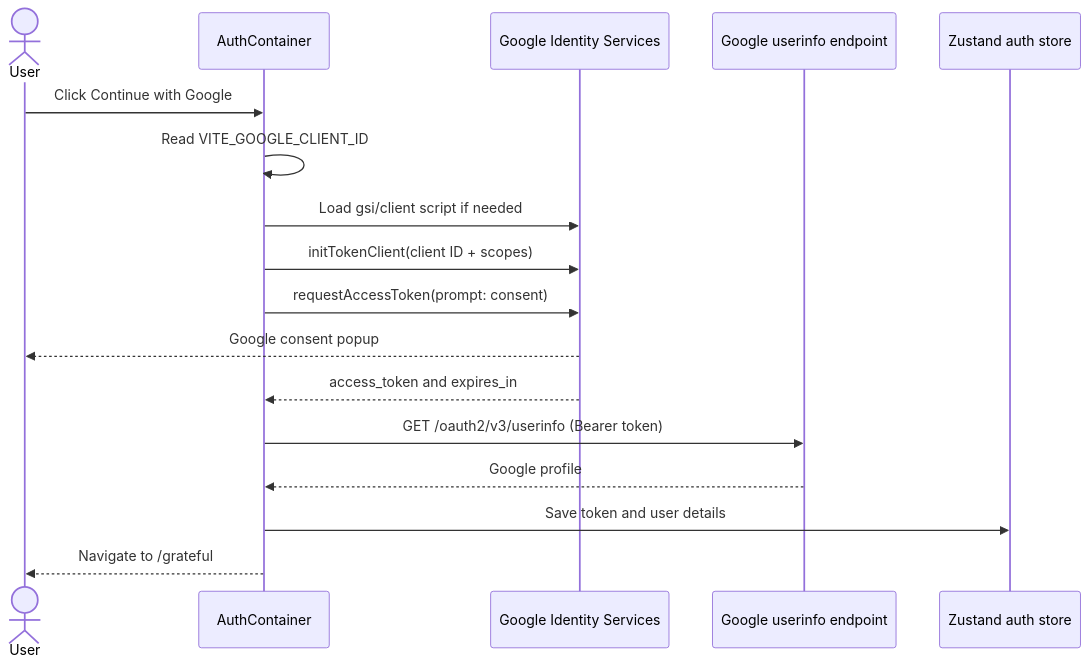
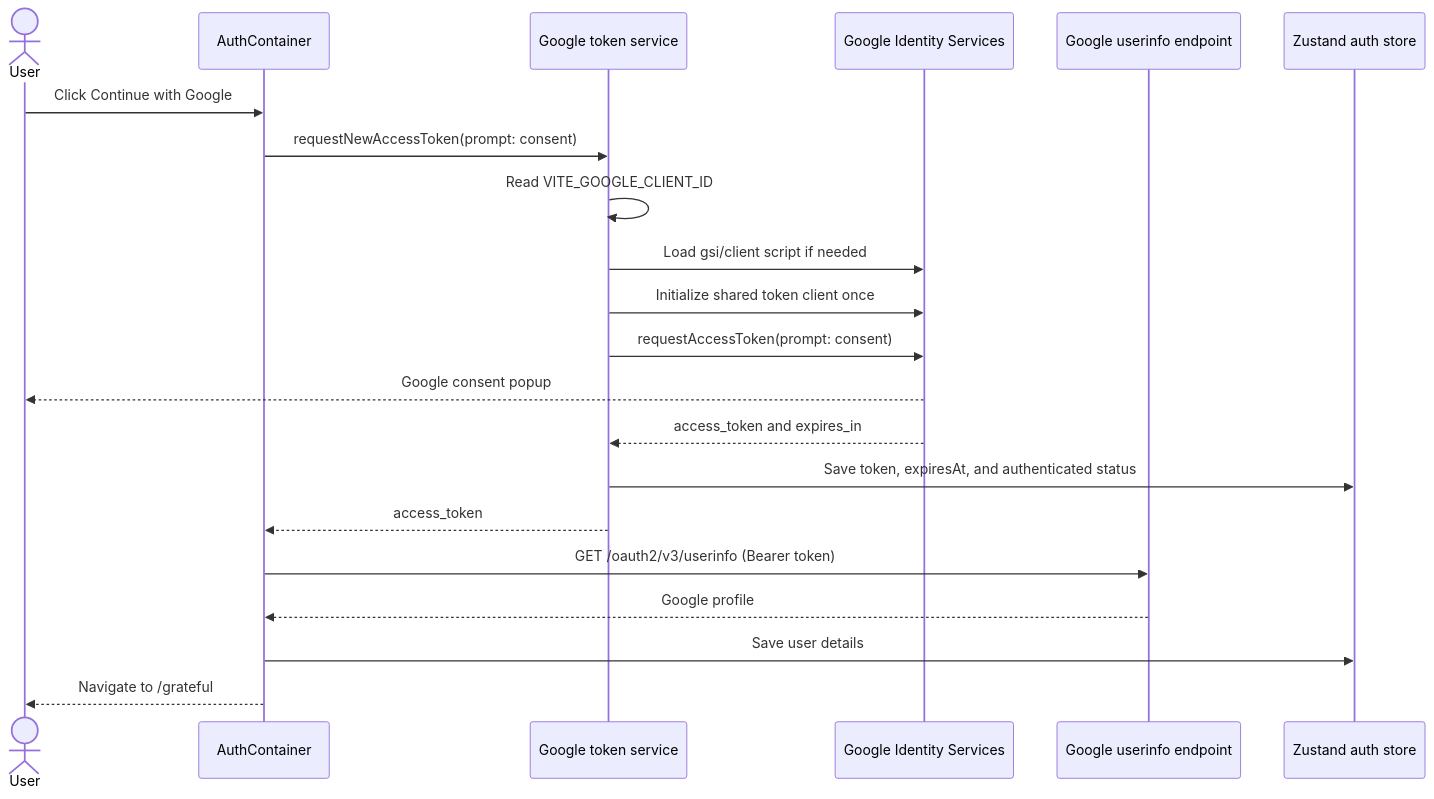
Before and after one commit to abdlrahman-l/gratefully: the second of 3 diagrams in docs/LEARNING_GUIDE.md, drawn with Mermaid. The commit also changed other lines of this file and 9 other files, not shown here.

Commit message:
new auth token flow fix

````diff
--- a/docs/LEARNING_GUIDE.md
+++ b/docs/LEARNING_GUIDE.md
@@ -78,20 +81,24 @@
 ```mermaid
 sequenceDiagram
     actor U as User
     participant A as AuthContainer
+    participant T as Google token service
     participant GIS as Google Identity Services
     participant UI as Google userinfo endpoint
     participant S as Zustand auth store
 
     U->>A: Click Continue with Google
-    A->>A: Read VITE_GOOGLE_CLIENT_ID
-    A->>GIS: Load gsi/client script if needed
-    A->>GIS: initTokenClient(client ID + scopes)
-    A->>GIS: requestAccessToken(prompt: consent)
+    A->>T: requestNewAccessToken(prompt: consent)
+    T->>T: Read VITE_GOOGLE_CLIENT_ID
+    T->>GIS: Load gsi/client script if needed
+    T->>GIS: Initialize shared token client once
+    T->>GIS: requestAccessToken(prompt: consent)
     GIS-->>U: Google consent popup
-    GIS-->>A: access_token and expires_in
+    GIS-->>T: access_token and expires_in
+    T->>S: Save token, expiresAt, and authenticated status
+    T-->>A: access_token
     A->>UI: GET /oauth2/v3/userinfo (Bearer token)
     UI-->>A: Google profile
-    A->>S: Save token and user details
+    A->>S: Save user details
     A-->>U: Navigate to /grateful
 ```
````
